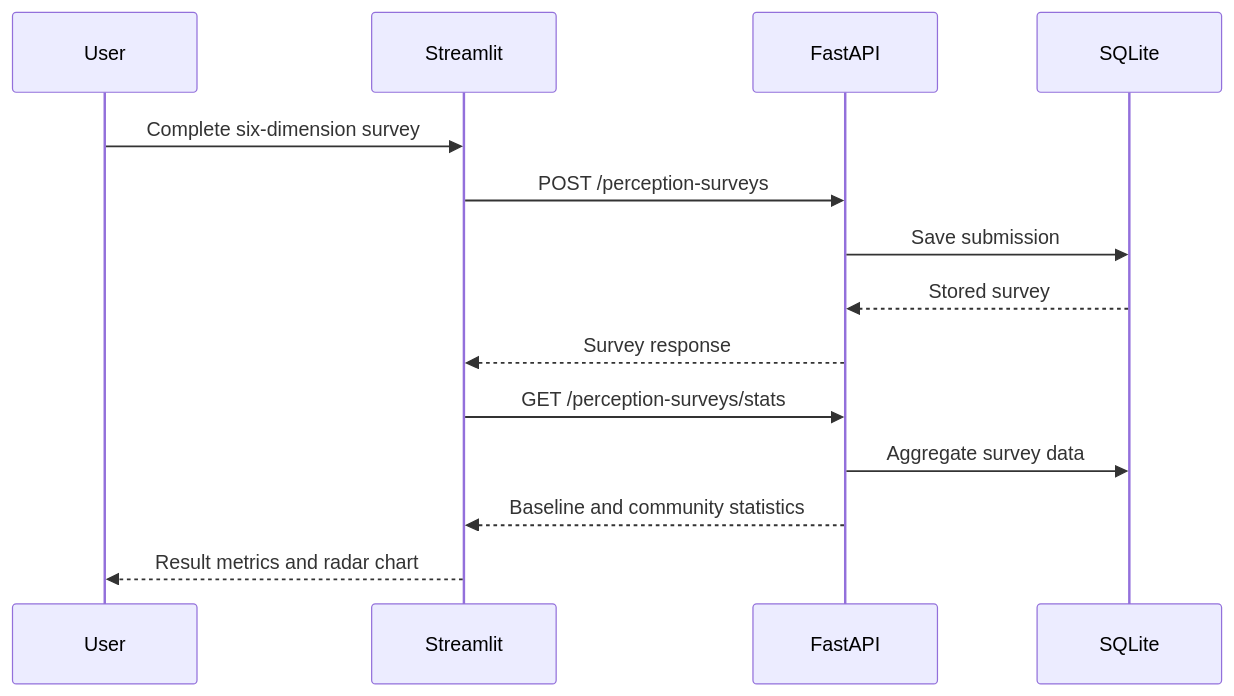
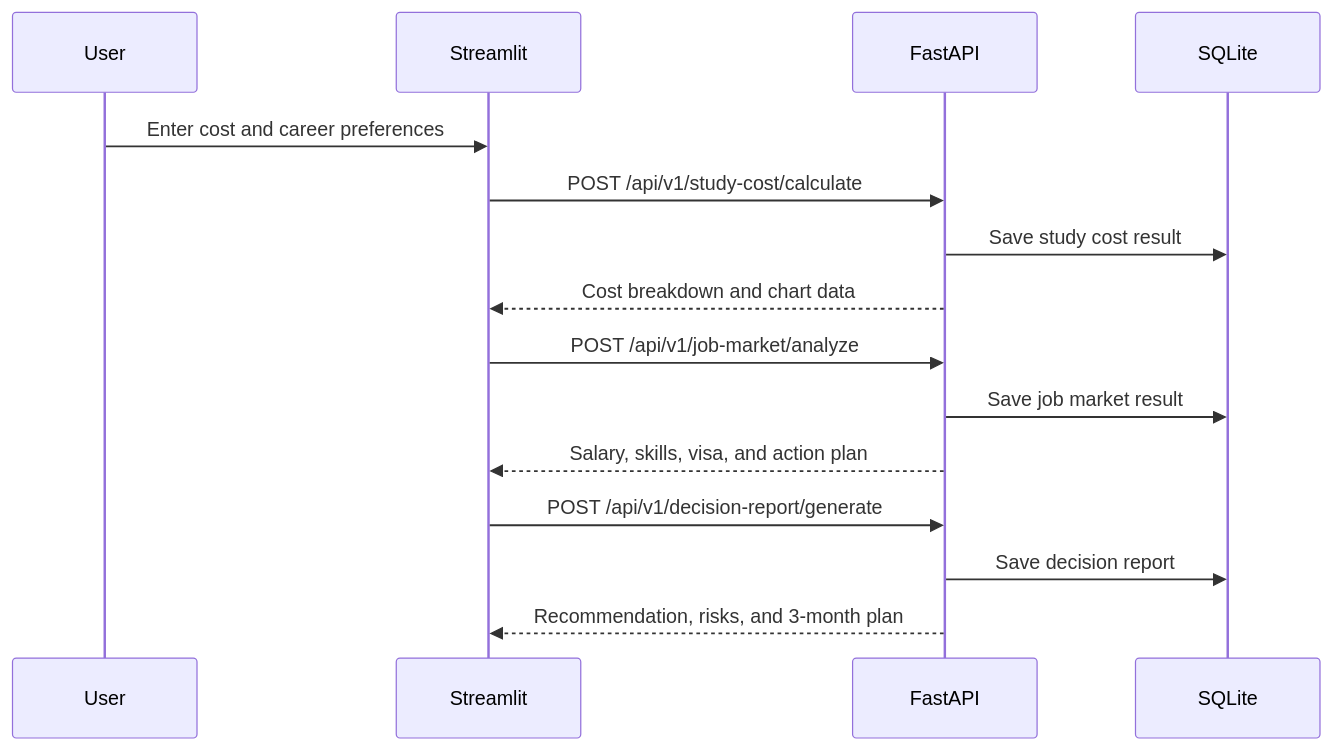
Before and after one commit to thomasyeung79/korea-data-analysis: the second of 3 diagrams in docs/architecture.md, drawn with Mermaid. The commit also changed other lines of this file and 3 other files, not shown here.

````diff
--- a/docs/architecture.md
+++ b/docs/architecture.md
@@ -92,17 +110,18 @@
 ```mermaid
 sequenceDiagram
     participant User
     participant Streamlit
     participant API as FastAPI
     participant DB as SQLite
 
-    User->>Streamlit: Complete six-dimension survey
-    Streamlit->>API: POST /perception-surveys
-    API->>DB: Save submission
-    DB-->>API: Stored survey
-    API-->>Streamlit: Survey response
-    Streamlit->>API: GET /perception-surveys/stats
-    API->>DB: Aggregate survey data
-    API-->>Streamlit: Baseline and community statistics
-    Streamlit-->>User: Result metrics and radar chart
+    User->>Streamlit: Enter cost and career preferences
+    Streamlit->>API: POST /api/v1/study-cost/calculate
+    API->>DB: Save study cost result
+    API-->>Streamlit: Cost breakdown and chart data
+    Streamlit->>API: POST /api/v1/job-market/analyze
+    API->>DB: Save job market result
+    API-->>Streamlit: Salary, skills, visa, and action plan
+    Streamlit->>API: POST /api/v1/decision-report/generate
+    API->>DB: Save decision report
+    API-->>Streamlit: Recommendation, risks, and 3-month plan
 ```
````
